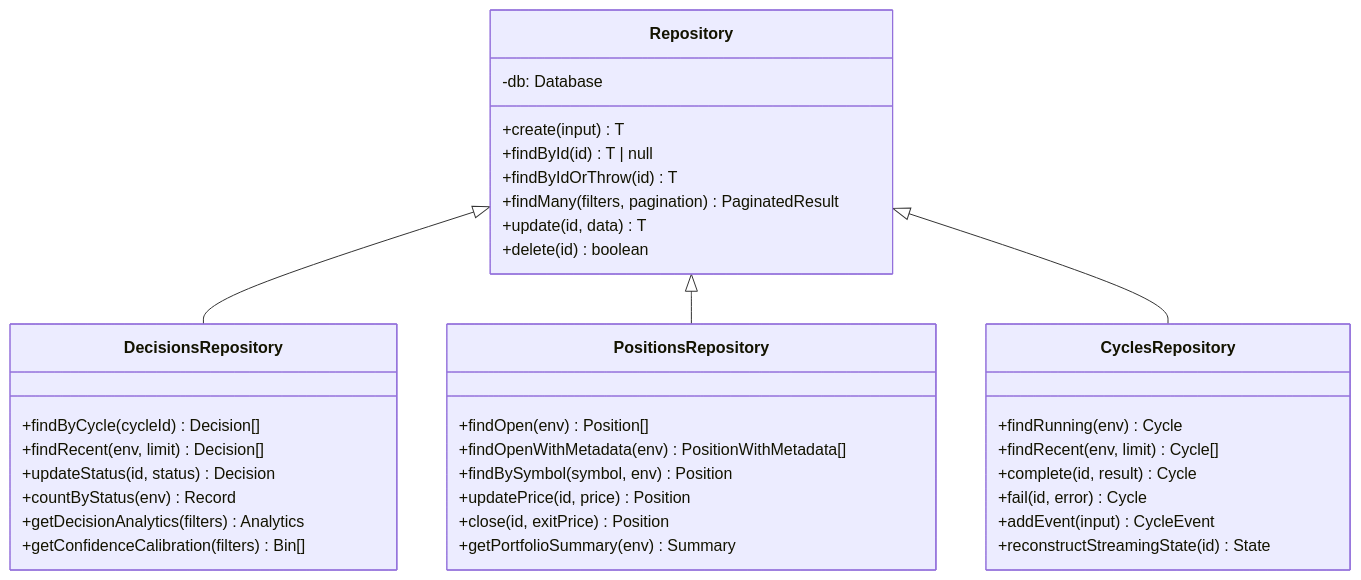
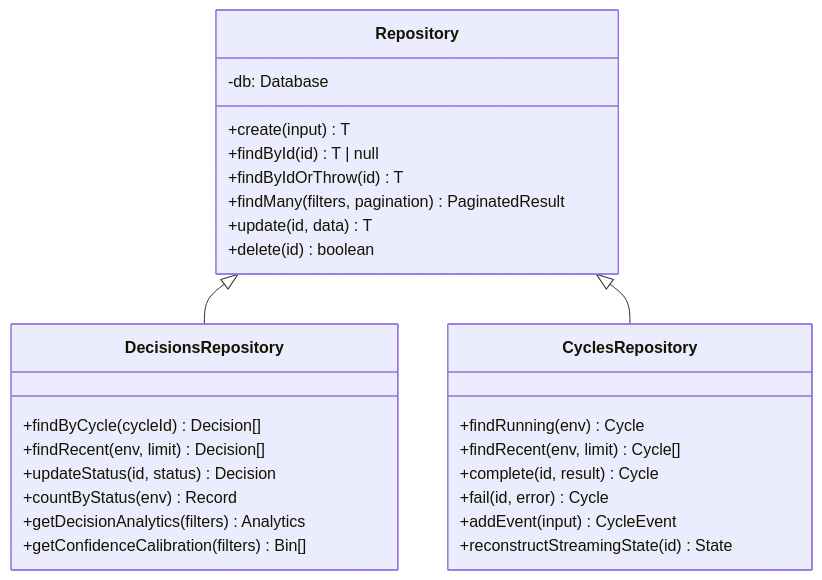
The third of 5 diagrams in packages/storage/README.md (ccheney/cream), drawn with Mermaid before and after one commit. The commit also changed other lines of this file and 6 other files, not shown here.

````diff
--- a/packages/storage/README.md
+++ b/packages/storage/README.md
@@ -137,43 +123,33 @@
 ```mermaid
 classDiagram
     class Repository {
         -db: Database
         +create(input) T
         +findById(id) T | null
         +findByIdOrThrow(id) T
         +findMany(filters, pagination) PaginatedResult
         +update(id, data) T
         +delete(id) boolean
     }
 
     class DecisionsRepository {
         +findByCycle(cycleId) Decision[]
         +findRecent(env, limit) Decision[]
         +updateStatus(id, status) Decision
         +countByStatus(env) Record
         +getDecisionAnalytics(filters) Analytics
         +getConfidenceCalibration(filters) Bin[]
     }
 
-    class PositionsRepository {
-        +findOpen(env) Position[]
-        +findOpenWithMetadata(env) PositionWithMetadata[]
-        +findBySymbol(symbol, env) Position
-        +updatePrice(id, price) Position
-        +close(id, exitPrice) Position
-        +getPortfolioSummary(env) Summary
-    }
-
     class CyclesRepository {
         +findRunning(env) Cycle
         +findRecent(env, limit) Cycle[]
         +complete(id, result) Cycle
         +fail(id, error) Cycle
         +addEvent(input) CycleEvent
         +reconstructStreamingState(id) State
     }
 
     Repository <|-- DecisionsRepository
-    Repository <|-- PositionsRepository
     Repository <|-- CyclesRepository
 ```
````
